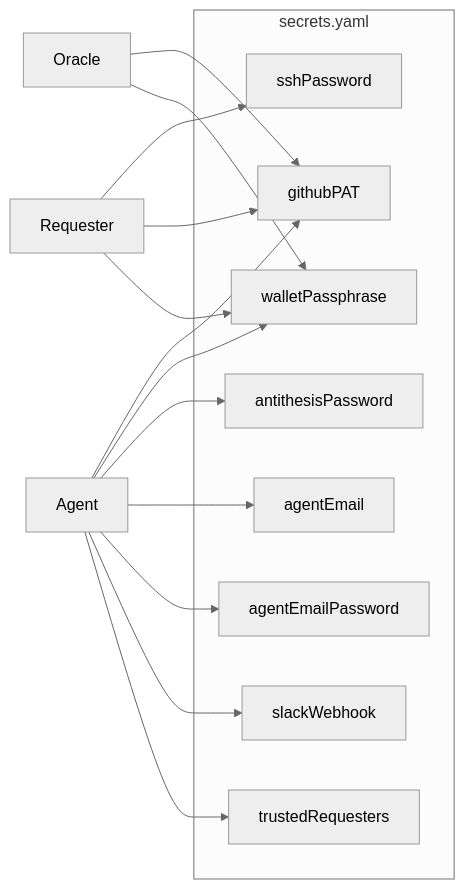
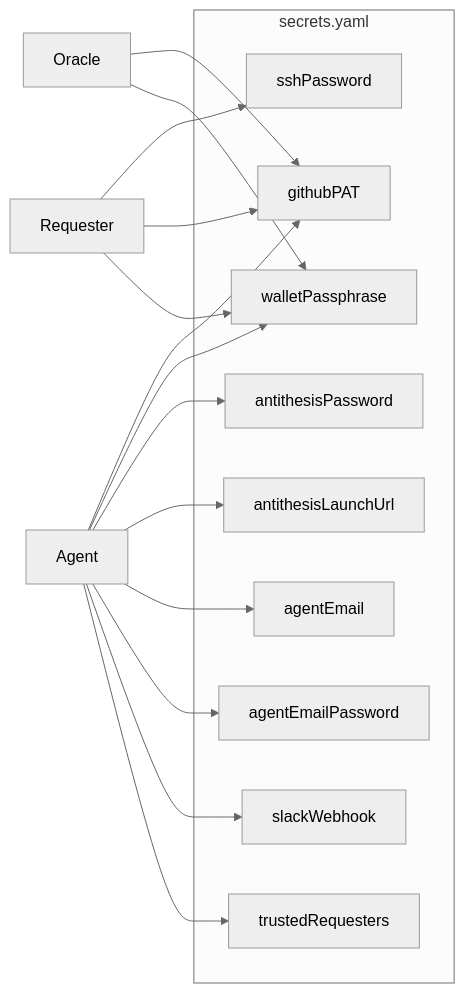
Before and after one commit to cardano-foundation/moog: the diagram in docs/user/secrets-management.md, drawn with Mermaid (neutral theme). The commit also changed other lines of this file and 5 other files, not shown here.

````diff
--- a/docs/user/secrets-management.md
+++ b/docs/user/secrets-management.md
@@ -30,26 +30,28 @@
 ```mermaid
 graph LR
     subgraph secrets.yaml
         pat[githubPAT]
         wallet[walletPassphrase]
         ssh[sshPassword]
         anti[antithesisPassword]
+        antiurl[antithesisLaunchUrl]
         email[agentEmail]
         emailpw[agentEmailPassword]
         slack[slackWebhook]
         trusted[trustedRequesters]
     end
 
     Oracle --> pat
     Oracle --> wallet
     Agent --> pat
     Agent --> wallet
     Agent --> anti
+    Agent --> antiurl
     Agent --> email
     Agent --> emailpw
     Agent --> slack
     Agent --> trusted
     Requester --> ssh
     Requester --> pat
     Requester --> wallet
 ```
````
